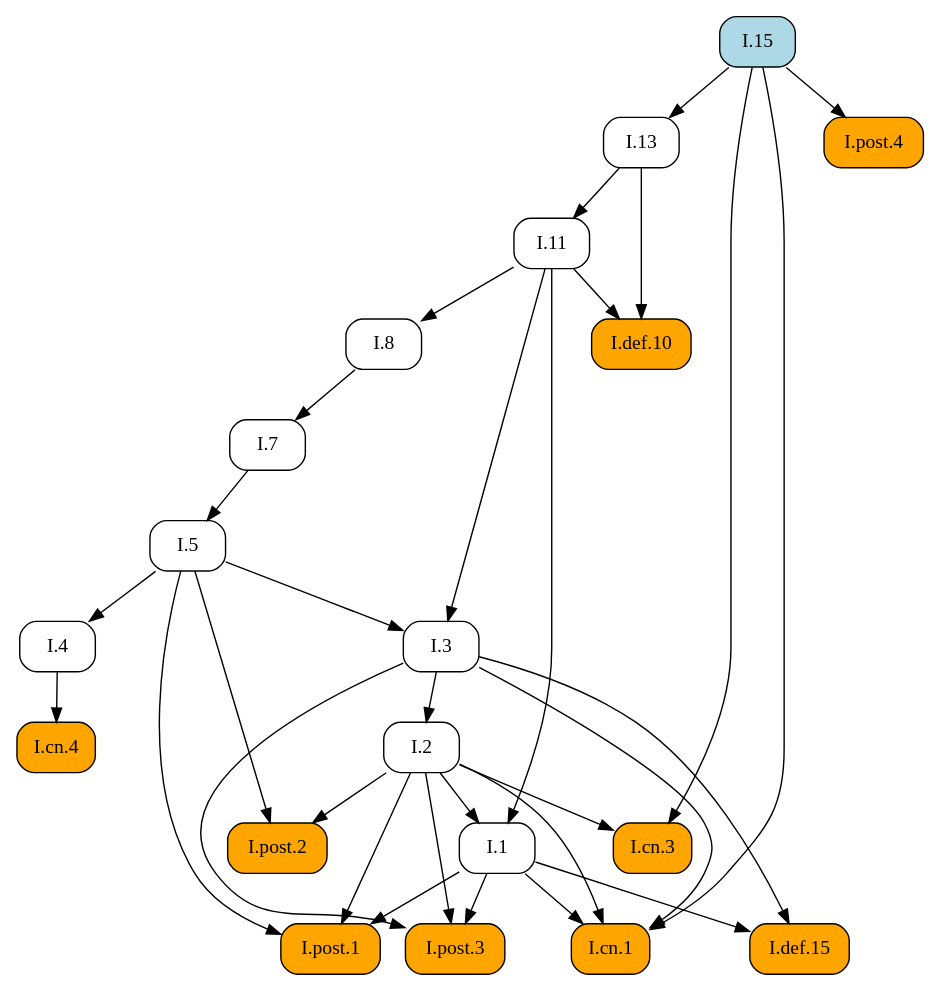
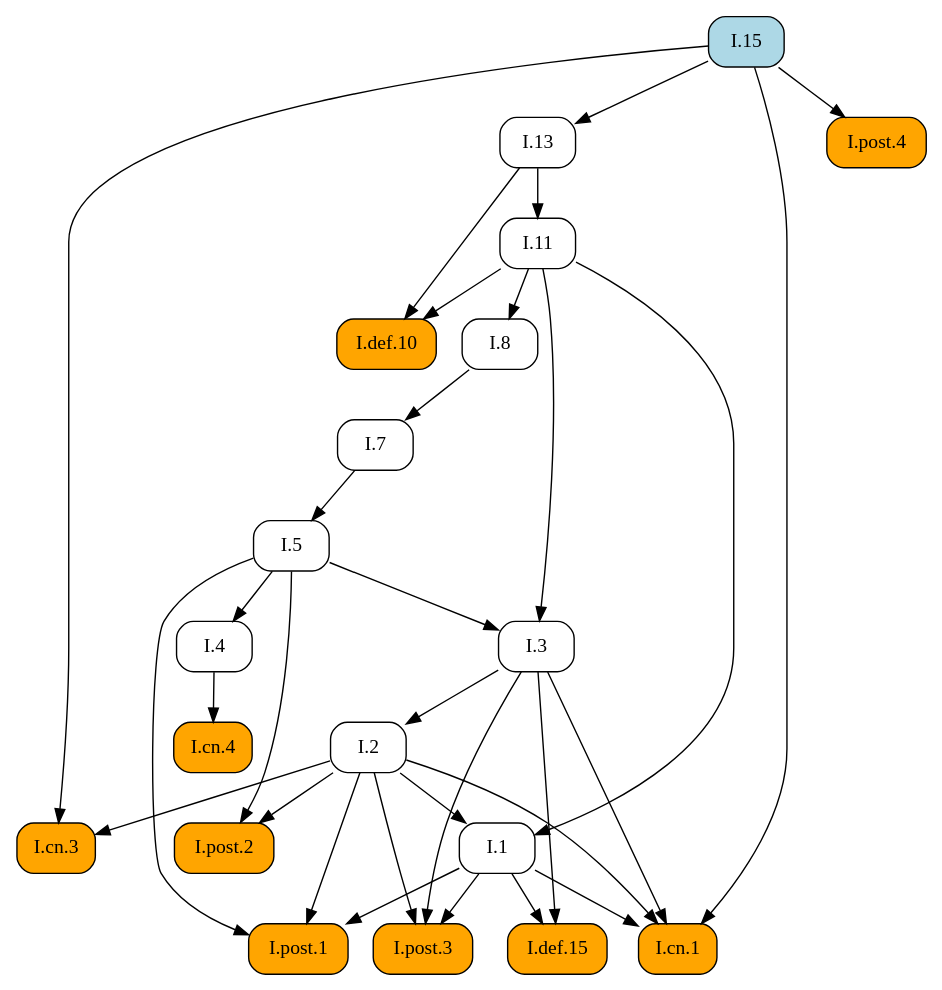
The diagram in docsrc/elements2/I/15/index.rst (geometor/elements), drawn with Graphviz before and after one commit. The commit also changed other lines of this file and 409 other files, not shown here.

First line of the commit message:
feat: Add image cropping and graphic extraction script

```diff
--- a/docsrc/elements2/I/15/index.rst
+++ b/docsrc/elements2/I/15/index.rst
@@ -73,56 +73,56 @@
 .. graphviz::
 
    digraph {
      rankdir="TB";
      node [shape=box, style=rounded];
+     "I.def.15" [style="rounded,filled", fillcolor=orange, URL="/elements2/I/def.15/", target="_top"];
+     "I.def.10" [style="rounded,filled", fillcolor=orange, URL="/elements2/I/def.10/", target="_top"];
+     "I.11" [URL="/elements2/I/11/", target="_top"];
      "I.8" [URL="/elements2/I/8/", target="_top"];
+     "I.5" [URL="/elements2/I/5/", target="_top"];
+     "I.15" [style="rounded,filled", fillcolor=lightblue, URL="/elements2/I/15/", target="_top"];
+     "I.3" [URL="/elements2/I/3/", target="_top"];
      "I.cn.3" [style="rounded,filled", fillcolor=orange, URL="/elements2/I/cn.3/", target="_top"];
-     "I.1" [URL="/elements2/I/1/", target="_top"];
-     "I.cn.4" [style="rounded,filled", fillcolor=orange, URL="/elements2/I/cn.4/", target="_top"];
+     "I.cn.1" [style="rounded,filled", fillcolor=orange, URL="/elements2/I/cn.1/", target="_top"];
+     "I.13" [URL="/elements2/I/13/", target="_top"];
+     "I.4" [URL="/elements2/I/4/", target="_top"];
+     "I.post.3" [style="rounded,filled", fillcolor=orange, URL="/elements2/I/post.3/", target="_top"];
      "I.7" [URL="/elements2/I/7/", target="_top"];
      "I.post.1" [style="rounded,filled", fillcolor=orange, URL="/elements2/I/post.1/", target="_top"];
-     "I.5" [URL="/elements2/I/5/", target="_top"];
-     "I.cn.1" [style="rounded,filled", fillcolor=orange, URL="/elements2/I/cn.1/", target="_top"];
+     "I.2" [URL="/elements2/I/2/", target="_top"];
+     "I.1" [URL="/elements2/I/1/", target="_top"];
      "I.post.4" [style="rounded,filled", fillcolor=orange, URL="/elements2/I/post.4/", target="_top"];
-     "I.def.10" [style="rounded,filled", fillcolor=orange, URL="/elements2/I/def.10/", target="_top"];
-     "I.13" [URL="/elements2/I/13/", target="_top"];
-     "I.2" [URL="/elements2/I/2/", target="_top"];
-     "I.def.15" [style="rounded,filled", fillcolor=orange, URL="/elements2/I/def.15/", target="_top"];
-     "I.4" [URL="/elements2/I/4/", target="_top"];
-     "I.11" [URL="/elements2/I/11/", target="_top"];
-     "I.15" [style="rounded,filled", fillcolor=lightblue, URL="/elements2/I/15/", target="_top"];
-     "I.3" [URL="/elements2/I/3/", target="_top"];
+     "I.cn.4" [style="rounded,filled", fillcolor=orange, URL="/elements2/I/cn.4/", target="_top"];
      "I.post.2" [style="rounded,filled", fillcolor=orange, URL="/elements2/I/post.2/", target="_top"];
-     "I.post.3" [style="rounded,filled", fillcolor=orange, URL="/elements2/I/post.3/", target="_top"];
+     "I.1" -> "I.def.15";
+     "I.3" -> "I.def.15";
+     "I.11" -> "I.def.10";
+     "I.13" -> "I.def.10";
+     "I.13" -> "I.11";
      "I.11" -> "I.8";
+     "I.7" -> "I.5";
+     "I.5" -> "I.3";
+     "I.11" -> "I.3";
      "I.2" -> "I.cn.3";
      "I.15" -> "I.cn.3";
-     "I.2" -> "I.1";
-     "I.11" -> "I.1";
-     "I.4" -> "I.cn.4";
+     "I.1" -> "I.cn.1";
+     "I.2" -> "I.cn.1";
+     "I.3" -> "I.cn.1";
+     "I.15" -> "I.cn.1";
+     "I.15" -> "I.13";
+     "I.5" -> "I.4";
+     "I.1" -> "I.post.3";
+     "I.2" -> "I.post.3";
+     "I.3" -> "I.post.3";
      "I.8" -> "I.7";
      "I.1" -> "I.post.1";
      "I.2" -> "I.post.1";
      "I.5" -> "I.post.1";
-     "I.7" -> "I.5";
-     "I.1" -> "I.cn.1";
-     "I.2" -> "I.cn.1";
-     "I.3" -> "I.cn.1";
-     "I.15" -> "I.cn.1";
+     "I.3" -> "I.2";
+     "I.2" -> "I.1";
+     "I.11" -> "I.1";
      "I.15" -> "I.post.4";
-     "I.11" -> "I.def.10";
-     "I.13" -> "I.def.10";
-     "I.15" -> "I.13";
-     "I.3" -> "I.2";
-     "I.1" -> "I.def.15";
-     "I.3" -> "I.def.15";
-     "I.5" -> "I.4";
-     "I.13" -> "I.11";
-     "I.5" -> "I.3";
-     "I.11" -> "I.3";
+     "I.4" -> "I.cn.4";
      "I.2" -> "I.post.2";
      "I.5" -> "I.post.2";
-     "I.1" -> "I.post.3";
-     "I.2" -> "I.post.3";
-     "I.3" -> "I.post.3";
    }
```
